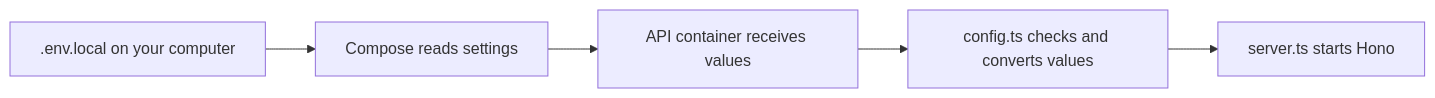
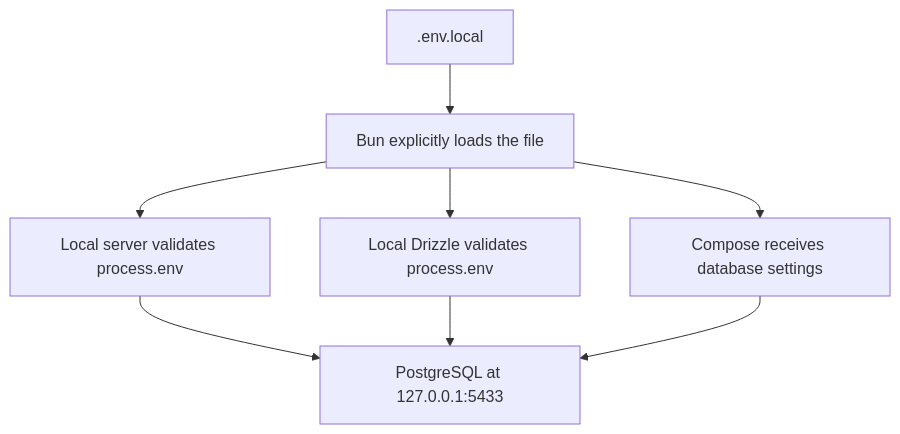
One commit to jaminwebdev/hono-drizzle-api changed the first of 3 diagrams in docs/docker-guide.md. Above: the diagram before and after it, drawn with Mermaid. The commit also changed other lines of this file and 22 other files, not shown here.

````diff
--- a/docs/docker-guide.md
+++ b/docs/docker-guide.md
@@ -53,7 +122,10 @@
 ```mermaid
-flowchart LR
-    File[".env.local on your computer"] --> Compose["Compose reads settings"]
-    Compose --> Environment["API container receives values"]
-    Environment --> Config["config.ts checks and converts values"]
-    Config --> Server["server.ts starts Hono"]
+flowchart TD
+    File[".env.local"] --> Bun["Bun explicitly loads the file"]
+    Bun --> API["Local server validates process.env"]
+    Bun --> Kit["Local Drizzle validates process.env"]
+    Bun --> Compose["Compose receives database settings"]
+    API --> DB["PostgreSQL at 127.0.0.1:5433"]
+    Kit --> DB
+    Compose --> DB
 ```
````
